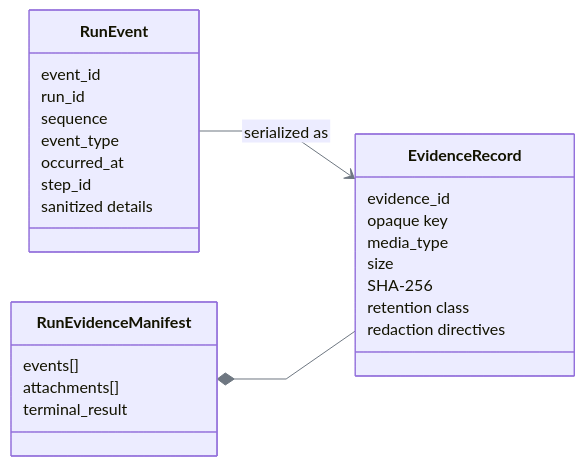
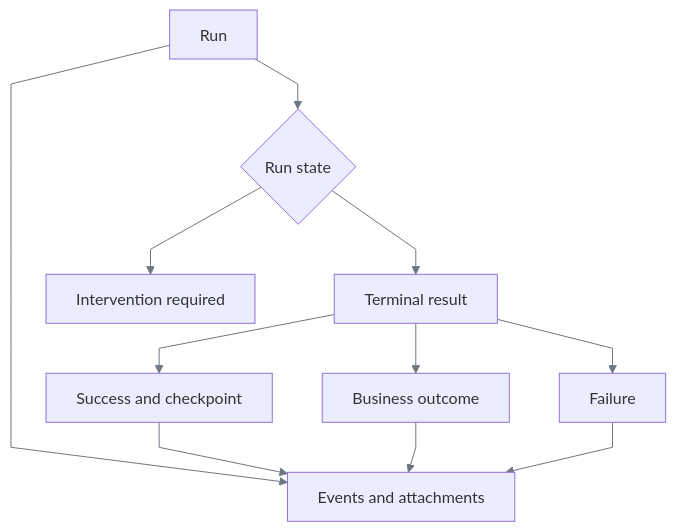
Before and after one commit to SivaTSS/replay-forge: the seventh of 7 diagrams in docs/data-models.md, drawn with Mermaid. The commit also changed other lines of this file and 3 other files, not shown here.

````diff
--- a/docs/data-models.md
+++ b/docs/data-models.md
@@ -272,31 +187,14 @@
 ```mermaid
 %%{init: {"htmlLabels":false,"themeVariables":{"lineColor":"#6E7781","signalColor":"#6E7781"},"flowchart":{"curve":"linear"},"sequence":{"wrap":true}}}%%
-classDiagram
-    direction LR
-    class RunEvent {
-      event_id
-      run_id
-      sequence
-      event_type
-      occurred_at
-      step_id
-      sanitized details
-    }
-    class EvidenceRecord {
-      evidence_id
-      opaque key
-      media_type
-      size
-      SHA-256
-      retention class
-      redaction directives
-    }
-    class RunEvidenceManifest {
-      events[]
-      attachments[]
-      terminal_result
-    }
-    RunEvent --> EvidenceRecord : serialized as
-    RunEvidenceManifest *-- EvidenceRecord
-
+flowchart TB
+    RUN[Run] --> MAN[Events and attachments]
+    RUN --> STATE{Run state}
+    STATE --> DONE[Terminal result]
+    STATE --> LIVE[Intervention required]
+    DONE --> OK[Success and checkpoint]
+    DONE --> BO[Business outcome]
+    DONE --> FAIL[Failure]
+    OK --> MAN
+    BO --> MAN
+    FAIL --> MAN
 ```
````
